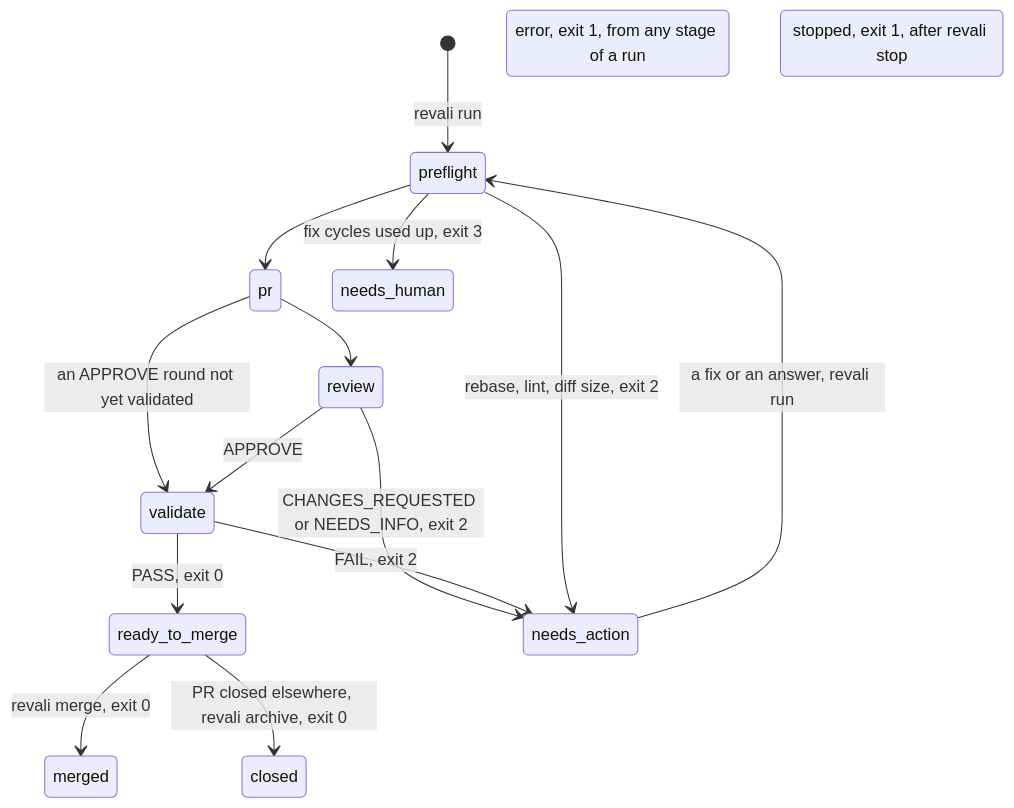
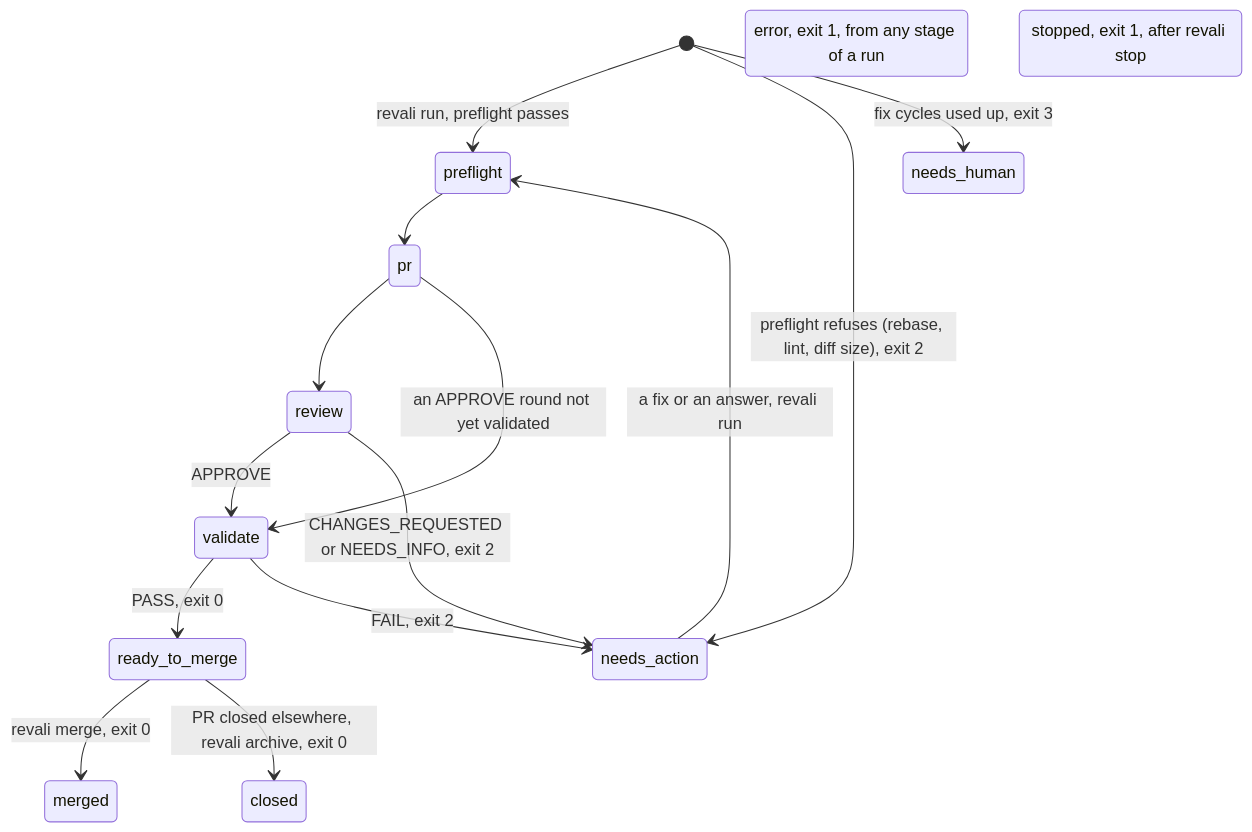
One commit to ianmhuang/revali changed the diagram in docs/workflow.md. Above: the diagram before and after it, drawn with Mermaid. The commit also changed 1 other file, not shown here.

Commit message:
Draw the preflight refusals from the start state, check bench/README.md's anchors
Review round 2 follow-ups: a run preflight refuses never records
`preflight`, so the diagram draws its needs_action and needs_human edges
from [*], as the paragraph under it says; the heading-link check covers
bench/README.md too.

Claude-Session: https://claude.ai/code/session_01LQsSxQ1P5nnv85AxWr1YM6

````diff
--- a/docs/workflow.md
+++ b/docs/workflow.md
@@ -127,18 +127,18 @@
 ```mermaid
 stateDiagram-v2
-    [*] --> preflight: revali run
+    [*] --> preflight: revali run, preflight passes
+    [*] --> needs_action: preflight refuses (rebase, lint, diff size), exit 2
+    [*] --> needs_human: fix cycles used up, exit 3
     preflight --> pr
     pr --> review
     pr --> validate: an APPROVE round not yet validated
     review --> validate: APPROVE
     validate --> ready_to_merge: PASS, exit 0
     review --> needs_action: CHANGES_REQUESTED or NEEDS_INFO, exit 2
     validate --> needs_action: FAIL, exit 2
-    preflight --> needs_action: rebase, lint, diff size, exit 2
-    preflight --> needs_human: fix cycles used up, exit 3
     needs_action --> preflight: a fix or an answer, revali run
     ready_to_merge --> merged: revali merge, exit 0
     ready_to_merge --> closed: PR closed elsewhere, revali archive, exit 0
     error : error, exit 1, from any stage of a run
     stopped : stopped, exit 1, after revali stop
 ```
````
